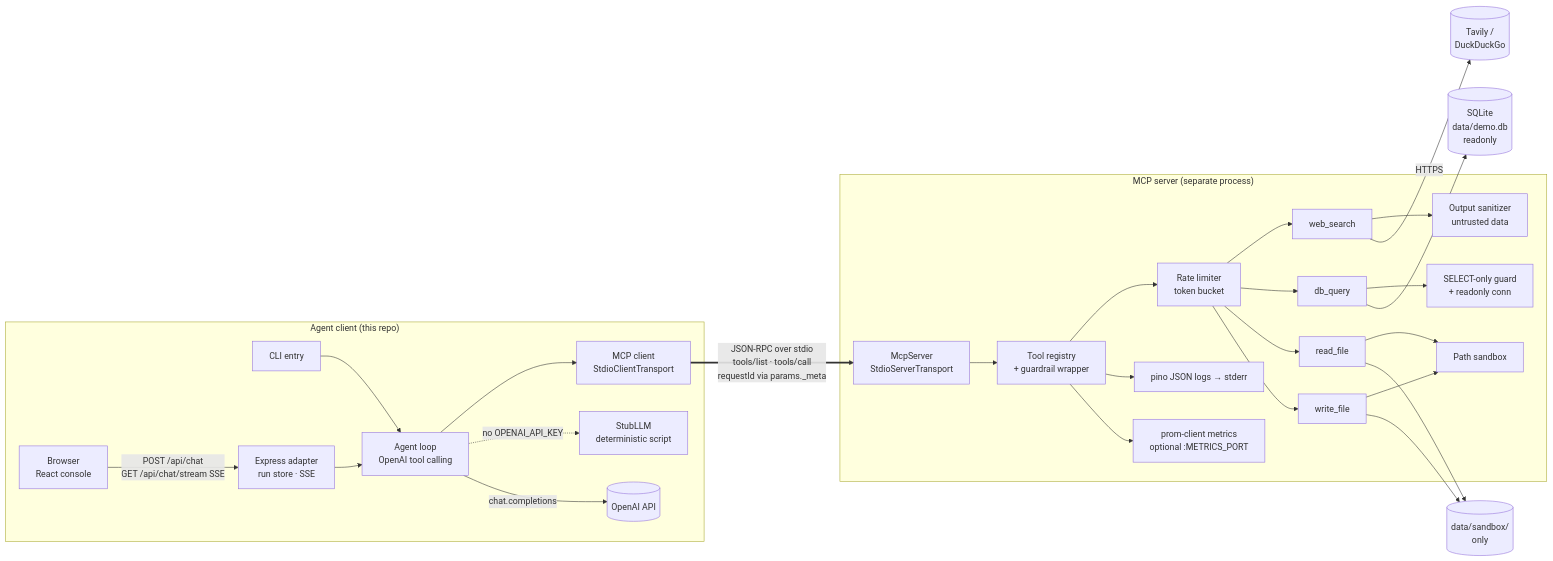
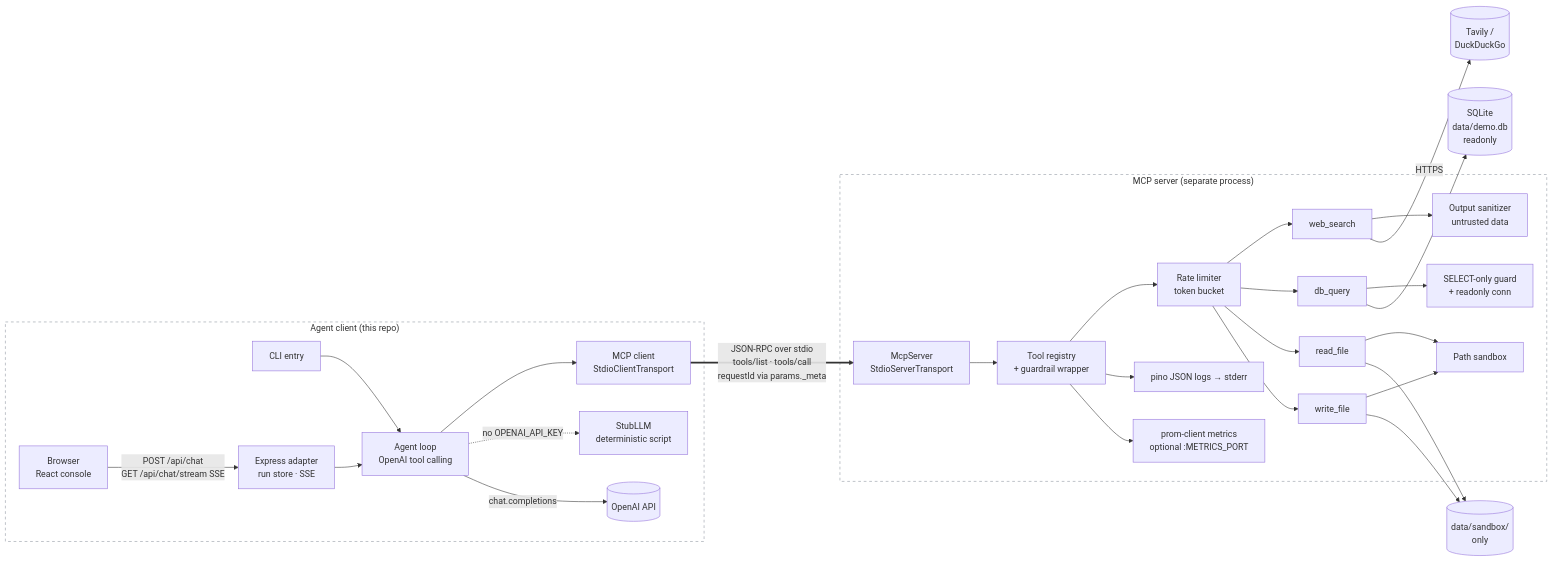
Before and after one commit to kanderson-ai-dev/mcp-agent-toolkit: the diagram in docs/architecture.md, drawn with Mermaid. The commit also changed 1 other file, not shown here.

Commit message:
docs: fix mermaid subgraph fill + add web layer to README diagram
Default subgraph fill renders as a gray box on GitHub dark theme —
styled both subgraphs transparent with a neutral dashed border instead.
README diagram also picks up the browser/SSE/Express web layer added
in Phase 13's architecture.md update.

````diff
--- a/docs/architecture.md
+++ b/docs/architecture.md
@@ -9,33 +9,38 @@
 ```mermaid
 graph LR
     subgraph client["Agent client (this repo)"]
         CLI[CLI entry] --> LOOP[Agent loop<br/>OpenAI tool calling]
         BROWSER[Browser<br/>React console] -->|POST /api/chat<br/>GET /api/chat/stream SSE| WEB[Express adapter<br/>run store · SSE]
         WEB --> LOOP
         LOOP --> MC[MCP client<br/>StdioClientTransport]
         LOOP -.->|no OPENAI_API_KEY| STUB[StubLLM<br/>deterministic script]
         LOOP -->|chat.completions| OAI[(OpenAI API)]
     end
 
     MC ==>|"JSON-RPC over stdio<br/>tools/list · tools/call<br/>requestId via params._meta"| MS
 
     subgraph server["MCP server (separate process)"]
         MS[McpServer<br/>StdioServerTransport] --> REG[Tool registry<br/>+ guardrail wrapper]
         REG --> RL[Rate limiter<br/>token bucket]
         RL --> T1[web_search]
         RL --> T2[db_query]
         RL --> T3[read_file]
         RL --> T4[write_file]
         T1 --> SANE[Output sanitizer<br/>untrusted data]
         T2 --> SQLG[SELECT-only guard<br/>+ readonly conn]
         T3 --> FS[Path sandbox]
         T4 --> FS
         REG --> LOG[pino JSON logs → stderr]
         REG --> MET[prom-client metrics<br/>optional :METRICS_PORT]
     end
 
     T1 -->|HTTPS| EXT1[(Tavily /<br/>DuckDuckGo)]
     T2 --> EXT2[(SQLite<br/>data/demo.db<br/>readonly)]
     T3 --> EXT3[(data/sandbox/<br/>only)]
     T4 --> EXT3
+
+    %% Transparent fill + neutral dashed border: renders cleanly on both
+    %% GitHub light and dark themes (default subgraph fill is a gray box).
+    style client fill:transparent,stroke:#8b949e,stroke-dasharray:5 5
+    style server fill:transparent,stroke:#8b949e,stroke-dasharray:5 5
 ```
````
